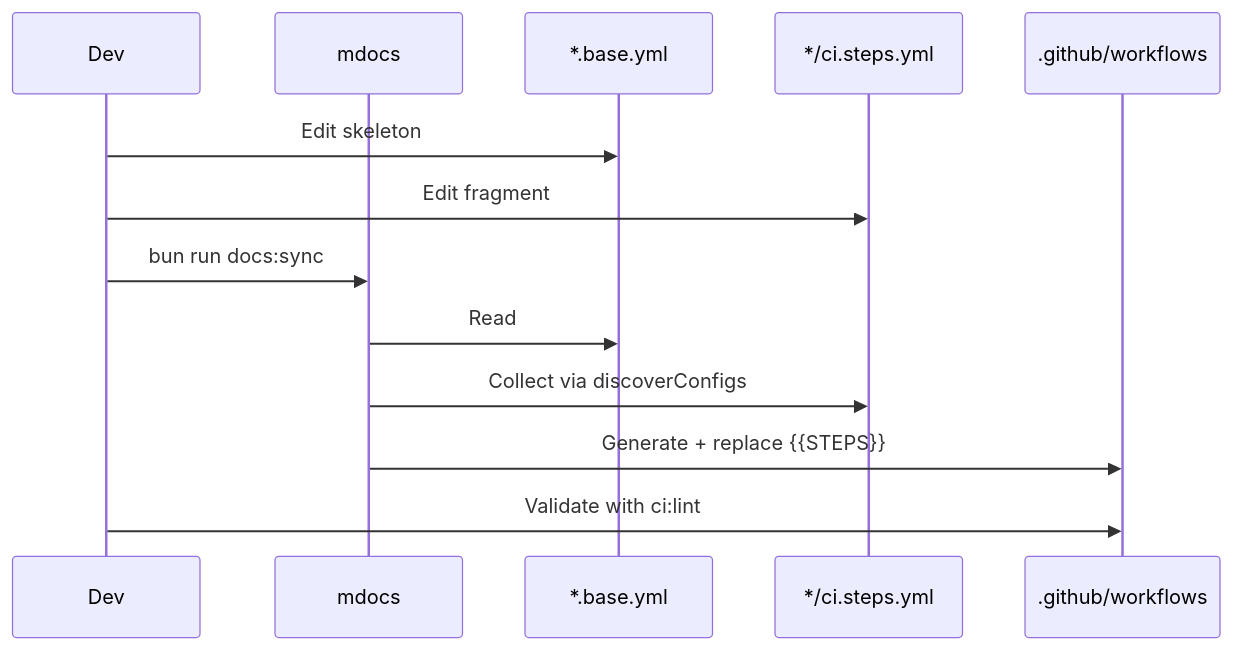
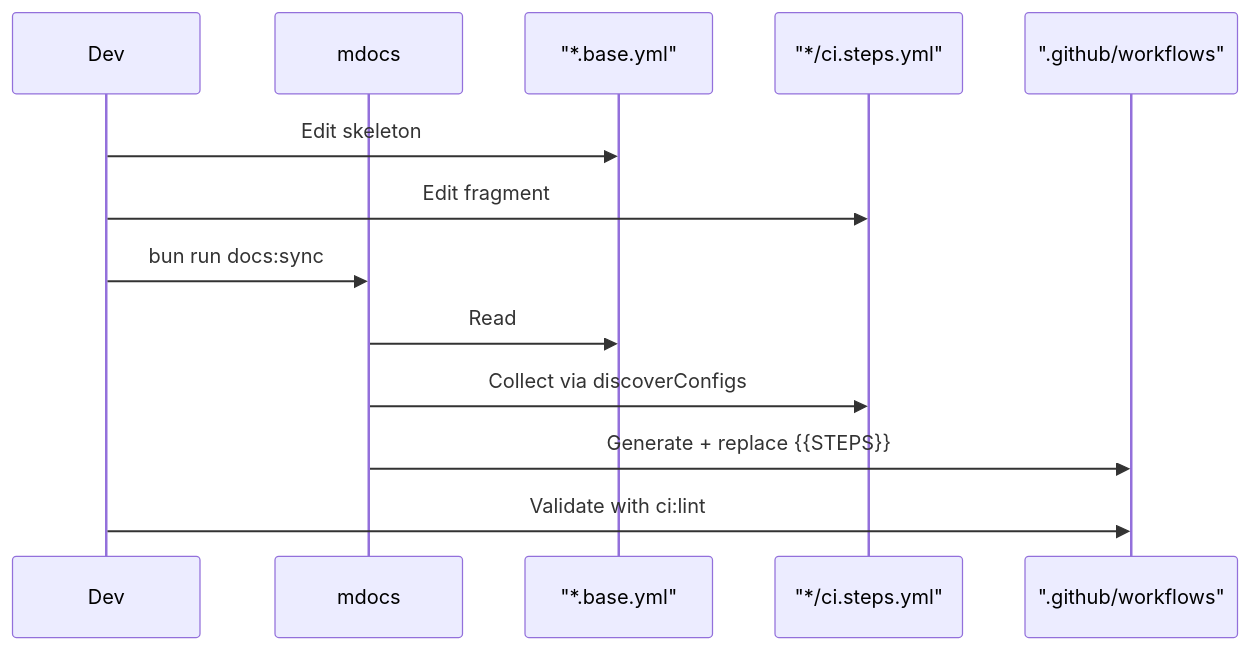
One commit to Archont561/ts-monorepo-template changed the diagram in configs/gh-actions/README.md. Above: the diagram before and after it, drawn with Mermaid. The commit also changed other lines of this file and 17 other files, not shown here.

````diff
--- a/configs/gh-actions/README.md
+++ b/configs/gh-actions/README.md
@@ -32,16 +33,16 @@
 ```mermaid
 sequenceDiagram
     participant Dev
     participant Mdocs as mdocs
-    participant Base as *.base.yml
-    participant Frag as */ci.steps.yml
-    participant GH as .github/workflows
+    participant Base as "*.base.yml"
+    participant Frag as "*/ci.steps.yml"
+    participant GH as ".github/workflows"
 
     Dev->>Base: Edit skeleton
     Dev->>Frag: Edit fragment
     Dev->>Mdocs: bun run docs:sync
     Mdocs->>Base: Read
     Mdocs->>Frag: Collect via discoverConfigs
     Mdocs->>GH: Generate + replace {{STEPS}}
     Dev->>GH: Validate with ci:lint
 ```
````
